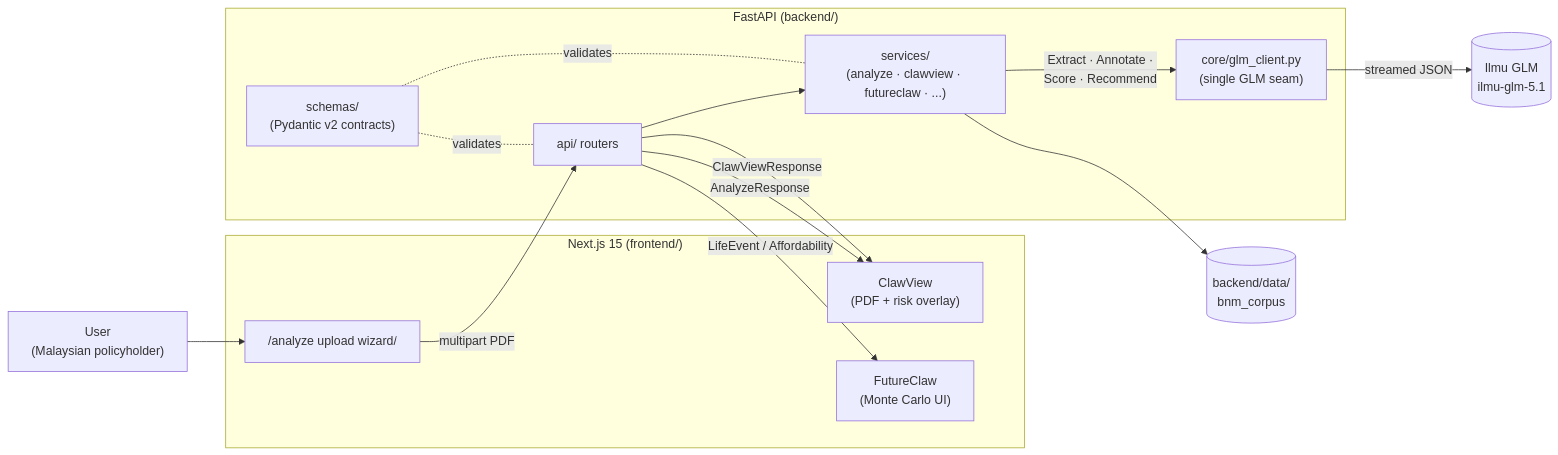
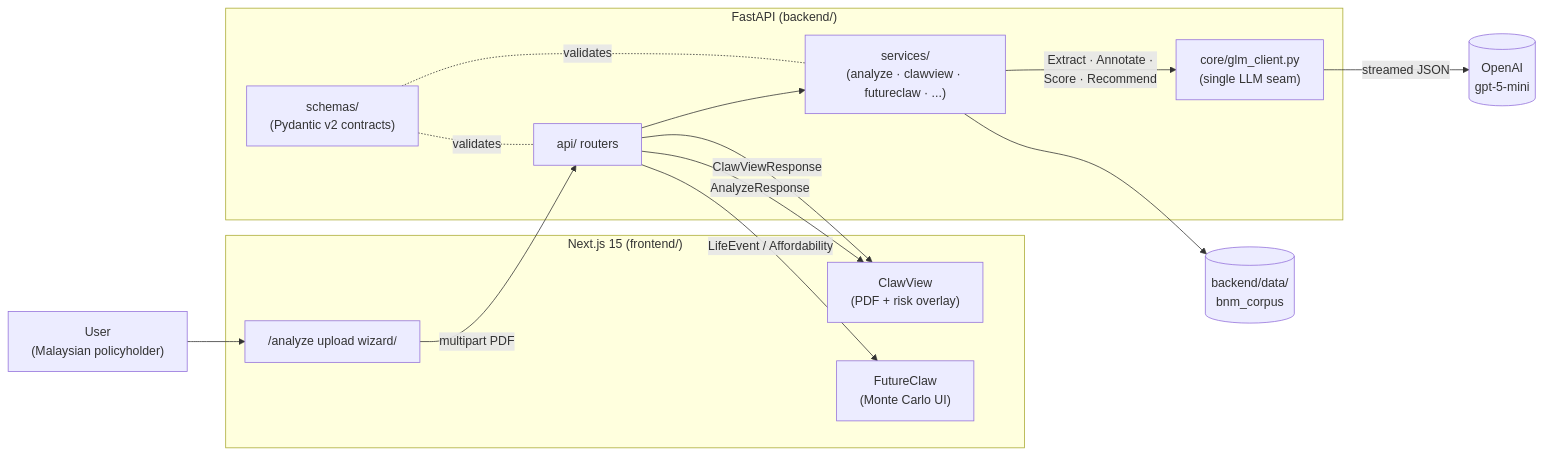
Before and after one commit to xrwong00/policyclaw: the second of 4 diagrams in README.md, drawn with Mermaid. The commit also changed other lines of this file and 10 other files, not shown here.

First line of the commit message:
docs: sync project docs with OpenAI gpt-5-mini provider swap

````diff
--- a/README.md
+++ b/README.md
@@ -143,29 +143,29 @@
 ```mermaid
 flowchart LR
     U["User<br/>(Malaysian policyholder)"]
     subgraph FE["Next.js 15 (frontend/)"]
         Upload["/analyze upload wizard/"]
         Viewer["ClawView<br/>(PDF + risk overlay)"]
         Future["FutureClaw<br/>(Monte Carlo UI)"]
     end
     subgraph BE["FastAPI (backend/)"]
         API["api/ routers"]
         SVC["services/<br/>(analyze · clawview · futureclaw · ...)"]
-        CORE["core/glm_client.py<br/>(single GLM seam)"]
+        CORE["core/glm_client.py<br/>(single LLM seam)"]
         SCHEMA["schemas/<br/>(Pydantic v2 contracts)"]
     end
-    ILMU[("Ilmu GLM<br/>ilmu-glm-5.1")]
+    ILMU[("OpenAI<br/>gpt-5-mini")]
     BNM[("backend/data/<br/>bnm_corpus")]
 
     U --> Upload
     Upload -->|multipart PDF| API
     API --> SVC
     SVC -->|"Extract · Annotate ·<br/>Score · Recommend"| CORE
     CORE -->|streamed JSON| ILMU
     SVC --> BNM
     API -->|AnalyzeResponse| Viewer
     API -->|ClawViewResponse| Viewer
     API -->|LifeEvent / Affordability| Future
     SCHEMA -.validates.- API
     SCHEMA -.validates.- SVC
 ```
````
